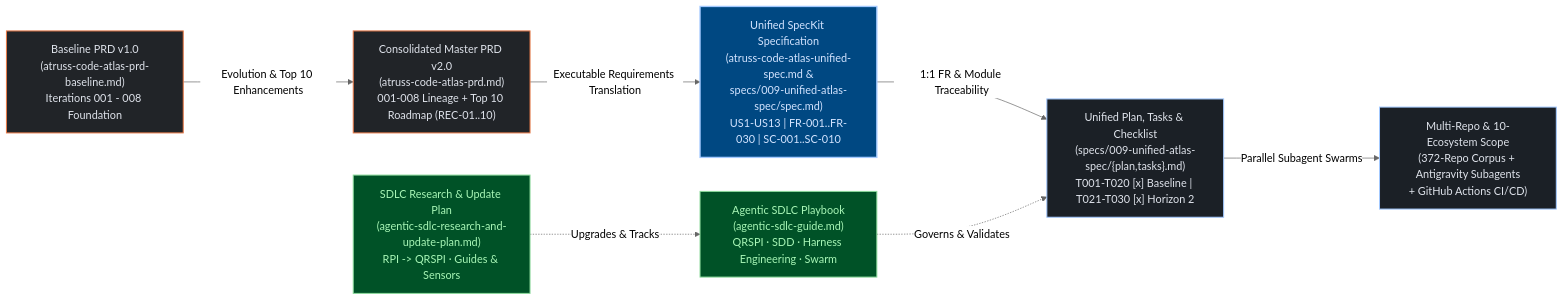
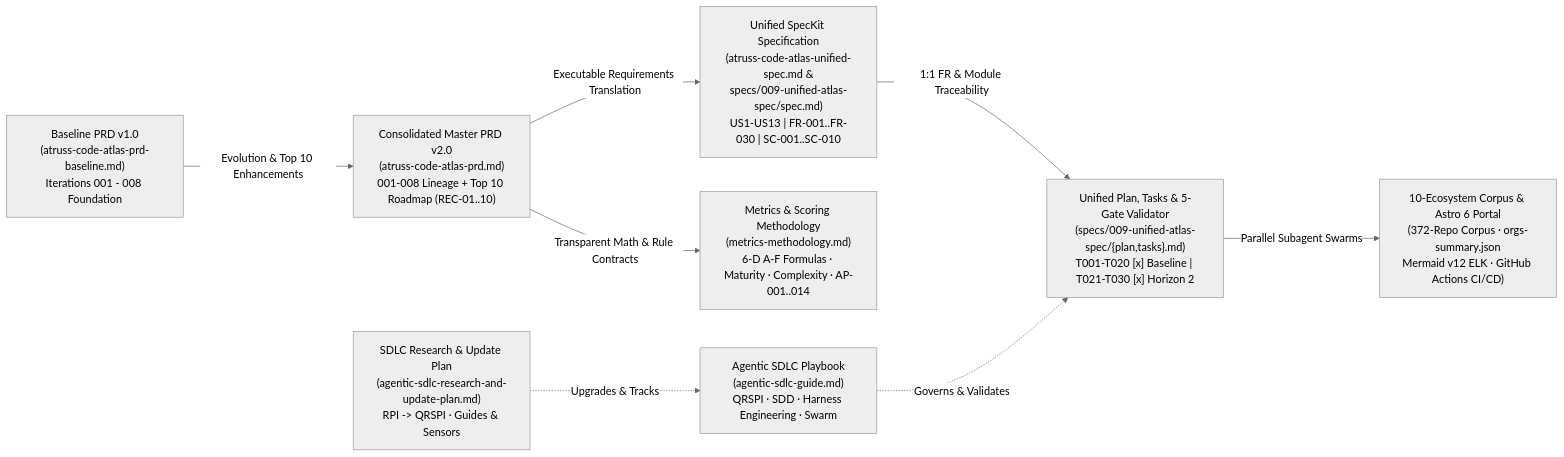
The diagram in docs/README.md (kumarshaz/atruss-code-atlas), drawn with Mermaid (neutral theme) before and after one commit. The commit also changed other lines of this file and 17 other files, not shown here.

Commit message:
docs(specs): sync docs/PRDs with main and add spec 010 parity hardening

````diff
--- a/docs/README.md
+++ b/docs/README.md
@@ -9,22 +9,21 @@
 ```mermaid
 flowchart LR
-    classDef atlasRoot fill:#004882,stroke:#a3c9ff,stroke-width:2px,color:#d3e4ff
-    classDef atlasCategory fill:#212428,stroke:#E87A48,stroke-width:1.5px,color:#dfe3eb
-    classDef atlasWorkflow fill:#1b2026,stroke:#a3c9ff,stroke-width:1.5px,color:#dfe3eb
-    classDef atlasTarget fill:#005227,stroke:#8bd99b,stroke-width:1.5px,color:#a7f6b6
-
-    Baseline["Baseline PRD v1.0<br/>(atruss-code-atlas-prd-baseline.md)<br/>Iterations 001 - 008 Foundation"]:::atlasCategory
-    MasterPRD["Consolidated Master PRD v2.0<br/>(atruss-code-atlas-prd.md)<br/>001-008 Lineage + Top 10 Roadmap (REC-01..10)"]:::atlasCategory
-    UnifiedSpec["Unified SpecKit Specification<br/>(atruss-code-atlas-unified-spec.md &<br/>specs/009-unified-atlas-spec/spec.md)<br/>US1-US13 | FR-001..FR-030 | SC-001..SC-010"]:::atlasRoot
-    PlanTasks["Unified Plan, Tasks & Checklist<br/>(specs/009-unified-atlas-spec/{plan,tasks}.md)<br/>T001-T020 [x] Baseline | T021-T030 [x] Horizon 2"]:::atlasWorkflow
-    SDLCGuide["Agentic SDLC Playbook<br/>(agentic-sdlc-guide.md)<br/>QRSPI · SDD · Harness Engineering · Swarm"]:::atlasTarget
-    ResearchPlan["SDLC Research & Update Plan<br/>(agentic-sdlc-research-and-update-plan.md)<br/>RPI -> QRSPI · Guides & Sensors"]:::atlasTarget
-    NativeFlows["Multi-Repo & 10-Ecosystem Scope<br/>(372-Repo Corpus + Antigravity Subagents<br/>+ GitHub Actions CI/CD)"]:::atlasWorkflow
+    accTitle: Atruss Code Atlas Documentation and Specification Lineage
+    accDescr: Diagram connecting the Baseline PRD v1.0, Master PRD v2.0, Unified SpecKit Specification (009), Plan/Tasks, Agentic SDLC Playbook, Research Plan, Metrics Methodology, and the 372-repository 10-ecosystem portal build pipeline.
+    Baseline["Baseline PRD v1.0<br/>(atruss-code-atlas-prd-baseline.md)<br/>Iterations 001 - 008 Foundation"]
+    MasterPRD["Consolidated Master PRD v2.0<br/>(atruss-code-atlas-prd.md)<br/>001-008 Lineage + Top 10 Roadmap (REC-01..10)"]
+    UnifiedSpec["Unified SpecKit Specification<br/>(atruss-code-atlas-unified-spec.md &<br/>specs/009-unified-atlas-spec/spec.md)<br/>US1-US13 | FR-001..FR-030 | SC-001..SC-010"]
+    PlanTasks["Unified Plan, Tasks & 5-Gate Validator<br/>(specs/009-unified-atlas-spec/{plan,tasks}.md)<br/>T001-T020 [x] Baseline | T021-T030 [x] Horizon 2"]
+    SDLCGuide["Agentic SDLC Playbook<br/>(agentic-sdlc-guide.md)<br/>QRSPI · SDD · Harness Engineering · Swarm"]
+    ResearchPlan["SDLC Research & Update Plan<br/>(agentic-sdlc-research-and-update-plan.md)<br/>RPI -> QRSPI · Guides & Sensors"]
+    Metrics["Metrics & Scoring Methodology<br/>(metrics-methodology.md)<br/>6-D A-F Formulas · Maturity · Complexity · AP-001..014"]
+    NativeFlows["10-Ecosystem Corpus & Astro 6 Portal<br/>(372-Repo Corpus · orgs-summary.json<br/>Mermaid v12 ELK · GitHub Actions CI/CD)"]
 
     Baseline -->|"Evolution & Top 10 Enhancements"| MasterPRD
     MasterPRD -->|"Executable Requirements Translation"| UnifiedSpec
     UnifiedSpec -->|"1:1 FR & Module Traceability"| PlanTasks
+    MasterPRD -->|"Transparent Math & Rule Contracts"| Metrics
     SDLCGuide -.->|"Governs & Validates"| PlanTasks
     ResearchPlan -.->|"Upgrades & Tracks"| SDLCGuide
     PlanTasks -->|"Parallel Subagent Swarms"| NativeFlows
 ```
````
